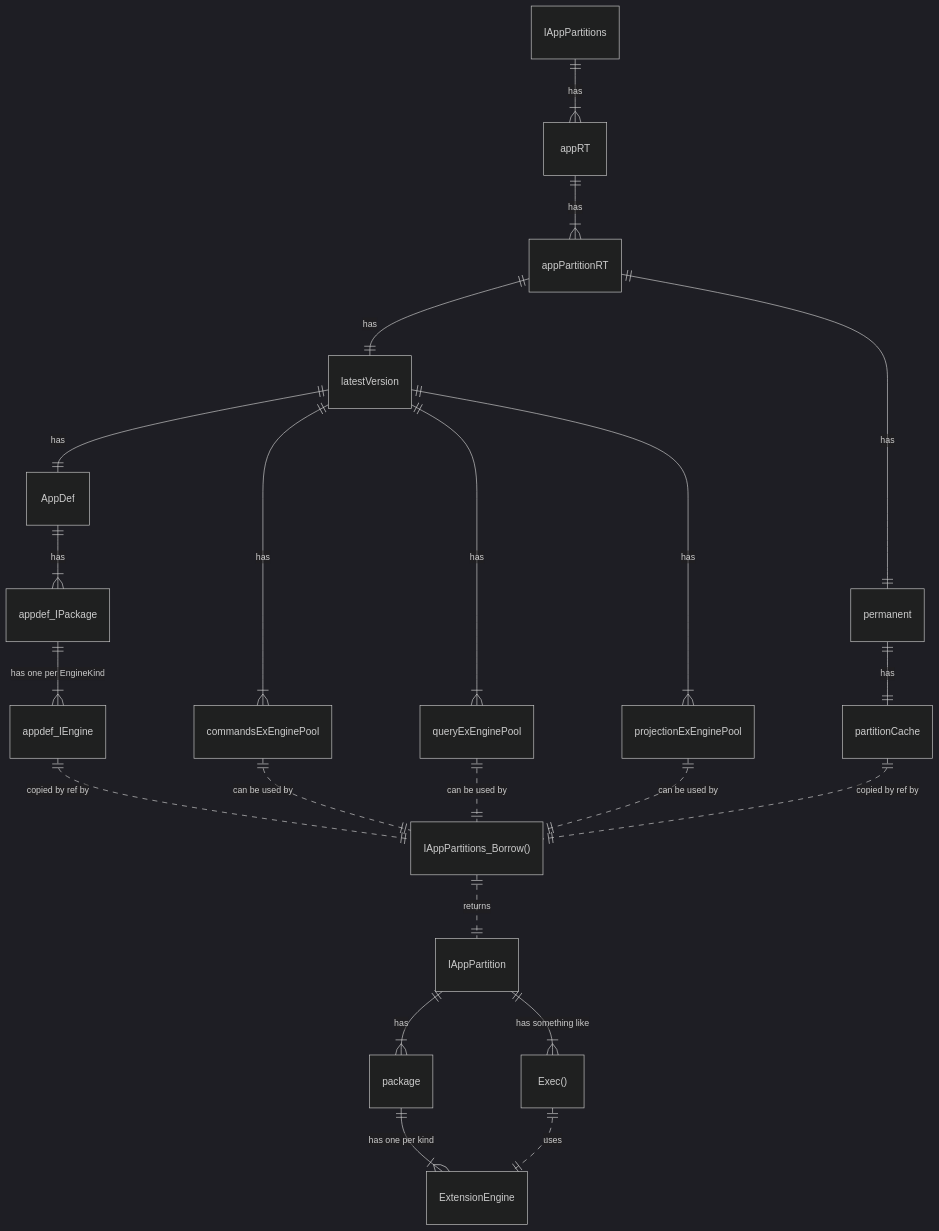
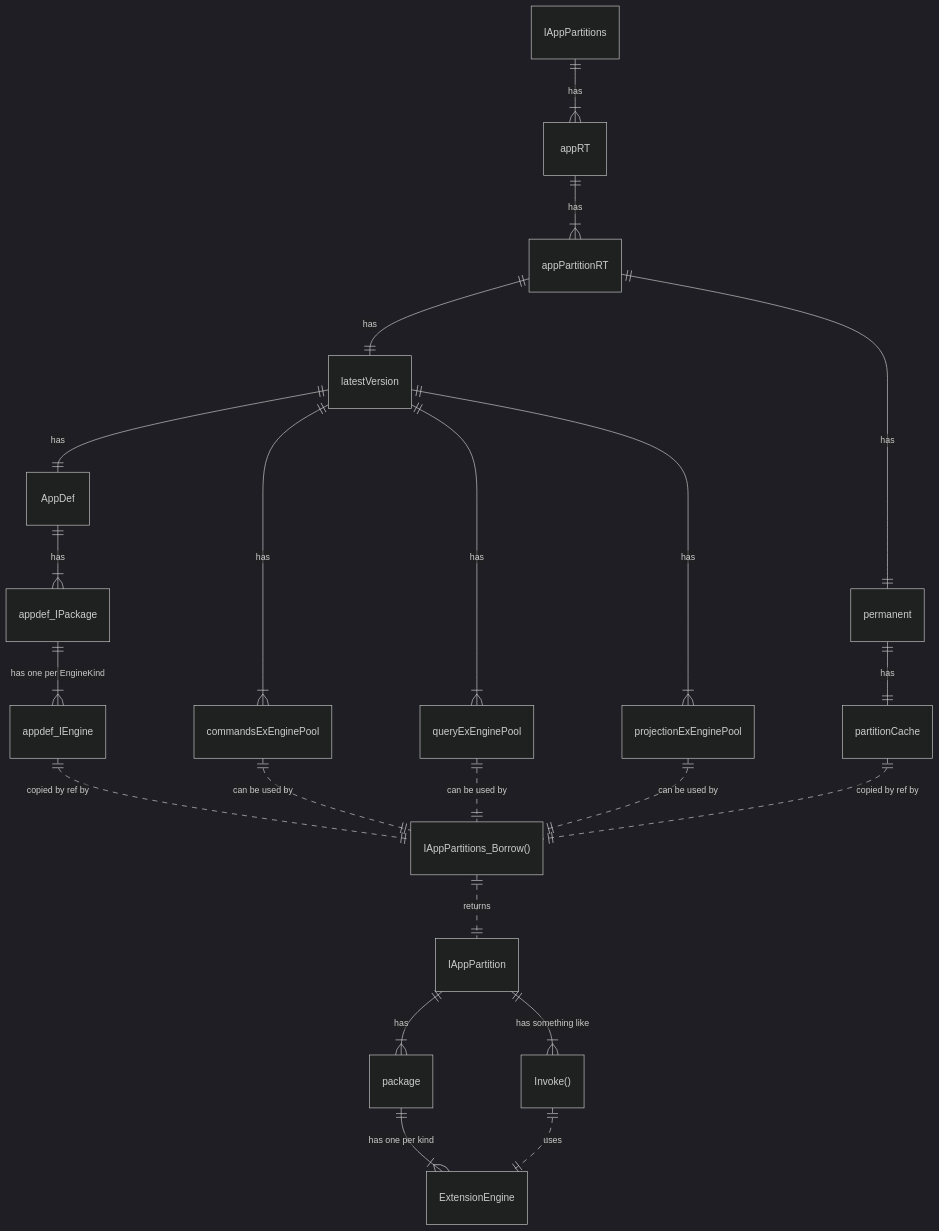
The fifth of 15 diagrams in design/README.md (voedger/voedger), drawn with Mermaid (dark theme) before and after one commit. The commit also changed other lines of this file, not shown here.

````diff
--- a/design/README.md
+++ b/design/README.md
@@ -177,35 +177,35 @@
 ```mermaid
     erDiagram
 
     IAppPartitions ||--|{ appRT : "has"
 
     appRT ||--|{ appPartitionRT : "has"
 
     appPartitionRT ||--|| latestVersion : "has"
     appPartitionRT ||--|| permanent : "has"
 
     latestVersion ||--|| AppDef : "has"
     latestVersion  ||--|{ commandsExEnginePool : "has"
     latestVersion  ||--|{ queryExEnginePool : "has"
     latestVersion  ||--|{ projectionExEnginePool : "has"
     permanent  ||--|| partitionCache: "has"
 
 
     AppDef ||--|{ appdef_IPackage : "has"
     appdef_IPackage ||--|{ appdef_IEngine : "has one per EngineKind"
 
     appdef_IEngine ||..|| "IAppPartitions_Borrow()": "copied by ref by"
     
     commandsExEnginePool ||..|| "IAppPartitions_Borrow()": "can be used by"
     queryExEnginePool ||..|| "IAppPartitions_Borrow()": "can be used by"
     projectionExEnginePool ||..|| "IAppPartitions_Borrow()": "can be used by"
     partitionCache ||..|| "IAppPartitions_Borrow()": "copied by ref by"
 
     "IAppPartitions_Borrow()" ||..|| "IAppPartition": "returns"
 
     IAppPartition ||--|{ package : "has"
     package ||--|{ ExtensionEngine : "has one per kind"
-    IAppPartition ||--|{ "Exec()" : "has something like"
+    IAppPartition ||--|{ "Invoke()" : "has something like"
 
-    "Exec()" ||..|| ExtensionEngine : "uses"
+    "Invoke()" ||..|| ExtensionEngine : "uses"
 ```
````
